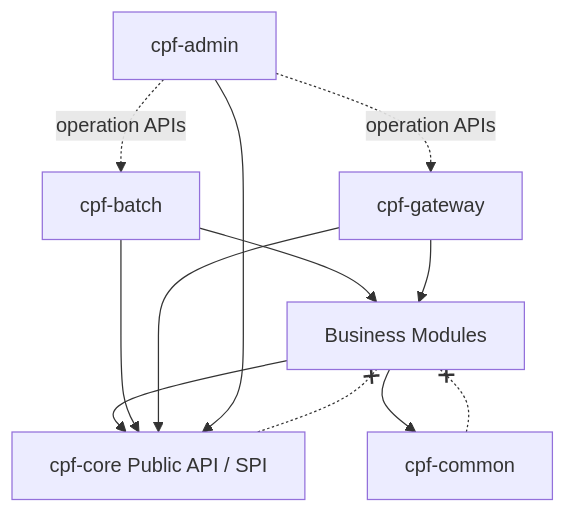
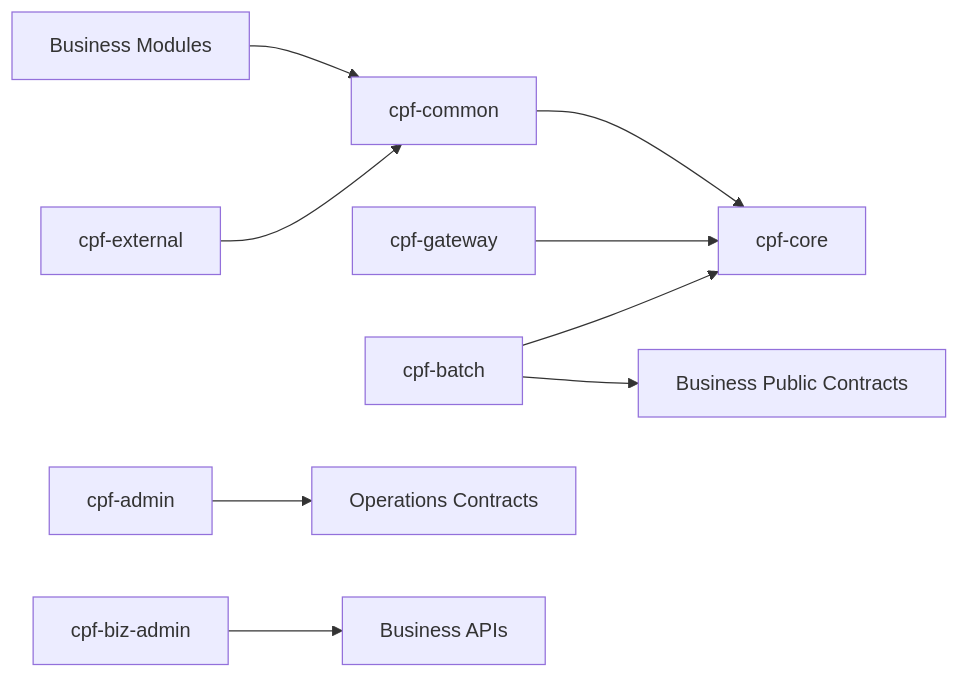
One commit to freeangelsun/202412_01_CPF changed the diagram in cpf-docs/architecture/ARCHITECTURE_GUIDE.md. Above: the diagram before and after it, drawn with Mermaid. The commit also changed other lines of this file and 90 other files, not shown here.

````diff
--- a/cpf-docs/architecture/ARCHITECTURE_GUIDE.md
+++ b/cpf-docs/architecture/ARCHITECTURE_GUIDE.md
@@ -98,15 +65,11 @@
 ```mermaid
-flowchart TB
-    BIZ[Business Modules] --> COMMON[cpf-common]
-    BIZ --> CORE[cpf-core Public API / SPI]
-    BATCH[cpf-batch] --> CORE
-    BATCH --> BIZ
-    GW[cpf-gateway] --> CORE
-    GW --> BIZ
-    ADMIN[cpf-admin] --> CORE
-    ADMIN -. operation APIs .-> GW
-    ADMIN -. operation APIs .-> BATCH
-
-    CORE -.-x BIZ
-    COMMON -.-x BIZ
+flowchart LR
+    BUS[Business Modules] --> CMN[cpf-common]
+    CMN --> CORE[cpf-core]
+    GWY[cpf-gateway] --> CORE
+    BAT[cpf-batch] --> CORE
+    BAT --> PUB[Business Public Contracts]
+    ADM[cpf-admin] --> OPS[Operations Contracts]
+    BZA[cpf-biz-admin] --> BIZ[Business APIs]
+    EXS[cpf-external] --> CMN
 ```
````
